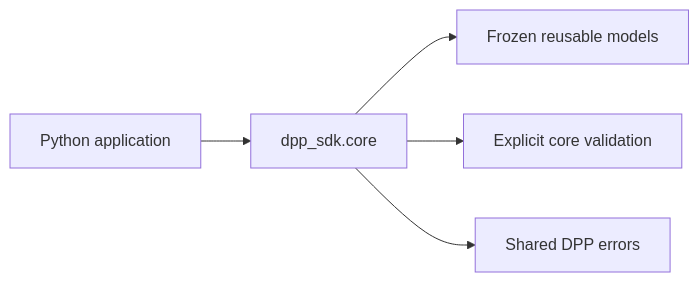
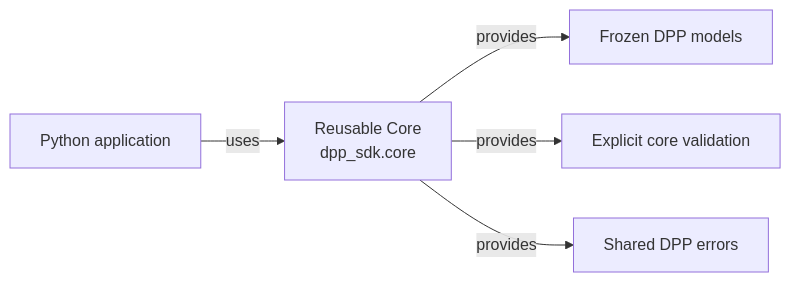
One commit to CIR4FUN-EU/python-dpp-sdk changed the diagram in docs/architecture/python-core-model.mmd. Above: the diagram before and after it, drawn with Mermaid. The commit also changed 114 other files, not shown here.

```diff
--- a/docs/architecture/python-core-model.mmd
+++ b/docs/architecture/python-core-model.mmd
@@ -1,5 +1,5 @@
 flowchart LR
-  App["Python application"] --> Core["dpp_sdk.core"]
-  Core --> Models["Frozen reusable models"]
-  Core --> Validation["Explicit core validation"]
-  Core --> Errors["Shared DPP errors"]
+  App["Python application"] -->|uses| Core["Reusable Core<br/>dpp_sdk.core"]
+  Core -->|provides| Models["Frozen DPP models"]
+  Core -->|provides| Validation["Explicit core validation"]
+  Core -->|provides| Errors["Shared DPP errors"]
```
